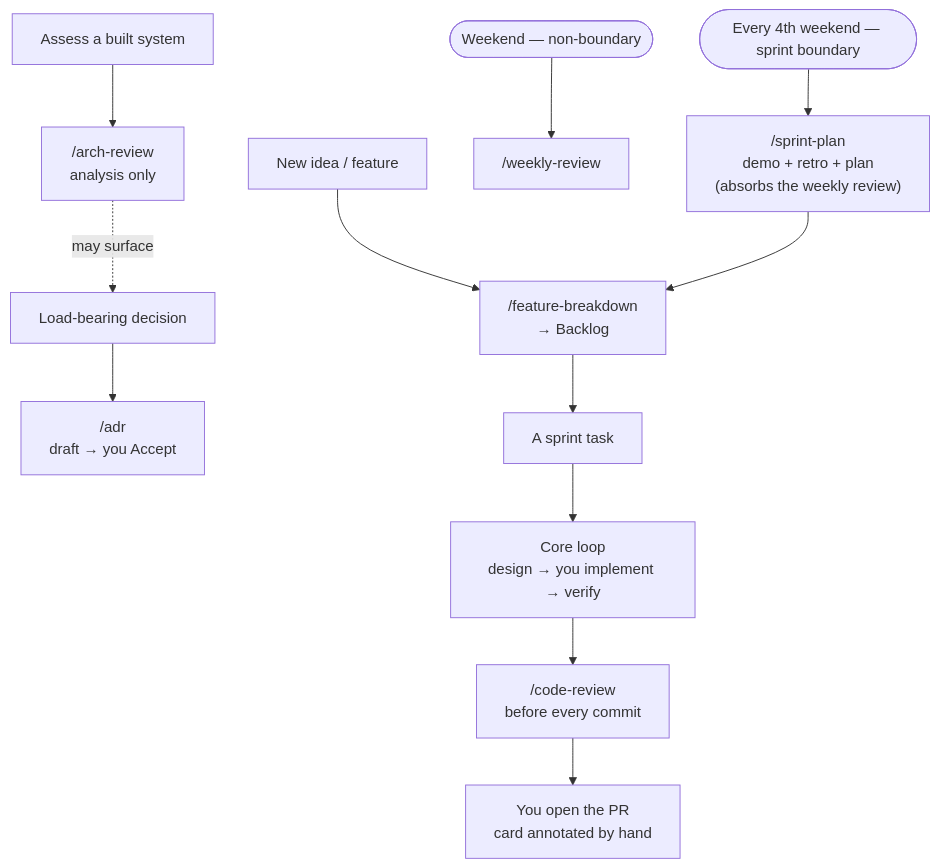
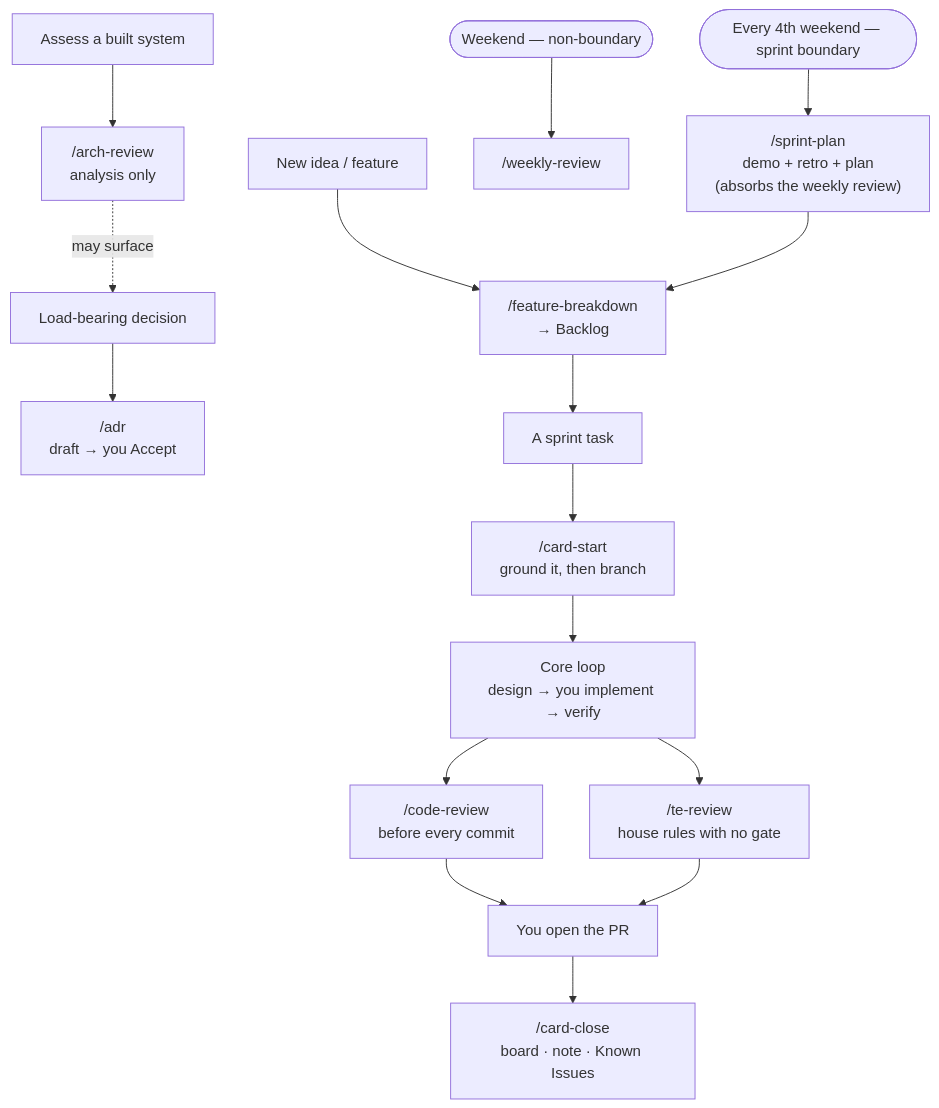
One commit to techattackteam/TechEngine-vault changed the diagram in 08 AI/Working with Claude — Operating Guide.md. Above: the diagram before and after it, drawn with Mermaid. The commit also changed other lines of this file and 3 other files, not shown here.

````diff
--- a/08 AI/Working with Claude — Operating Guide.md
+++ b/08 AI/Working with Claude — Operating Guide.md
@@ -87,14 +90,17 @@
 ```mermaid
 flowchart TD
   IDEA["New idea / feature"] --> FB["/feature-breakdown<br/>→ Backlog"]
   DEC["Load-bearing decision"] --> ADR["/adr<br/>draft → you Accept"]
   SYS["Assess a built system"] --> AR["/arch-review<br/>analysis only"]
   AR -. may surface .-> DEC
   FB --> TASK["A sprint task"]
-  TASK --> LOOP["Core loop<br/>design → you implement → verify"]
+  TASK --> CS["/card-start<br/>ground it, then branch"]
+  CS --> LOOP["Core loop<br/>design → you implement → verify"]
   LOOP --> CR["/code-review<br/>before every commit"]
-  CR --> PR["You open the PR<br/>card annotated by hand"]
+  LOOP --> TR["/te-review<br/>house rules with no gate"]
+  CR & TR --> PR["You open the PR"]
+  PR --> CC["/card-close<br/>board · note · Known Issues"]
   SUN(["Weekend — non-boundary"]) --> WR["/weekly-review"]
   LSUN(["Every 4th weekend — sprint boundary"]) --> SP["/sprint-plan<br/>demo + retro + plan<br/>(absorbs the weekly review)"]
   SP --> FB
 ```
````
